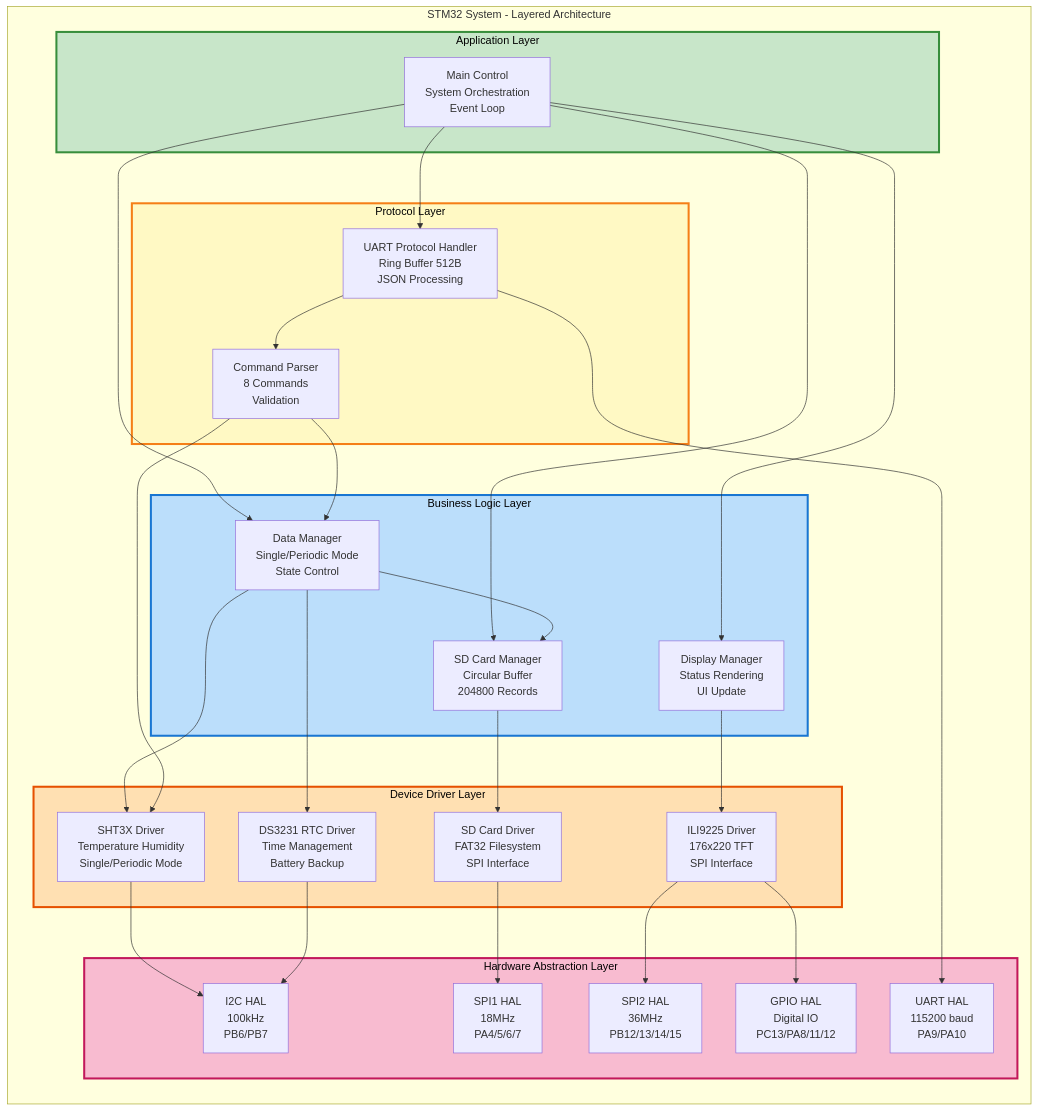
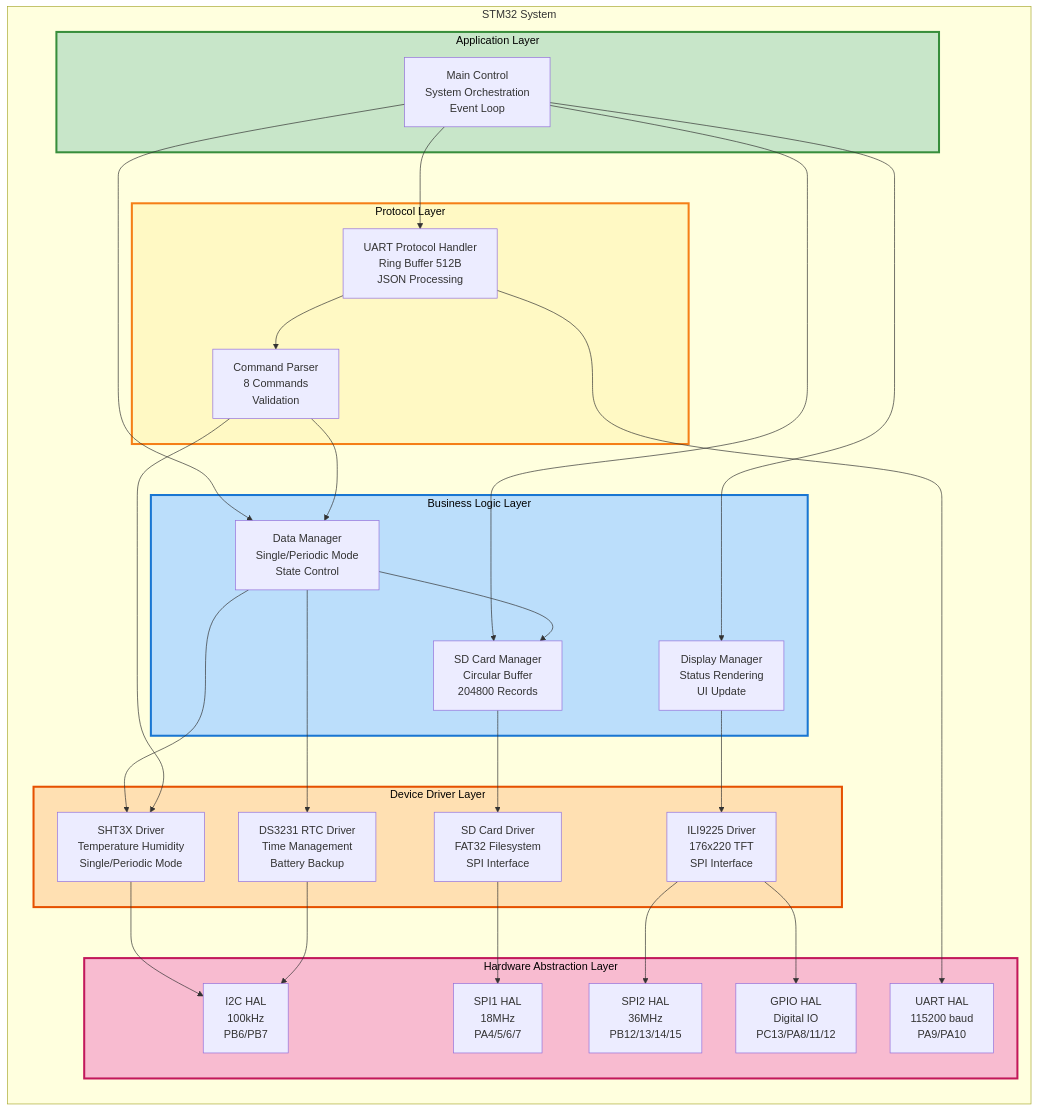
The second of 11 diagrams in documents/firmware/ARCHITECTURE_DIAGRAM_FIRMWARE.md (meeTeam05/datalogger), drawn with Mermaid before and after one commit. The commit also changed other lines of this file, not shown here.

Commit message:
fix(docs): simplify subgraph names in architecture diagrams for ESP32 and STM32; add detailed deployment diagram

````diff
--- a/documents/firmware/ARCHITECTURE_DIAGRAM_FIRMWARE.md
+++ b/documents/firmware/ARCHITECTURE_DIAGRAM_FIRMWARE.md
@@ -153,65 +153,65 @@
 ```mermaid
 graph TB
-    subgraph STM32_System["STM32 System - Layered Architecture"]
+    subgraph STM32_System["STM32 System"]
         direction TB
 
         subgraph Application_Layer["Application Layer"]
             Main_Control[Main Control<br/>System Orchestration<br/>Event Loop]
         end
 
         subgraph Business_Logic["Business Logic Layer"]
             Data_Manager[Data Manager<br/>Single/Periodic Mode<br/>State Control]
             SD_Manager[SD Card Manager<br/>Circular Buffer<br/>204800 Records]
             Display_Manager[Display Manager<br/>Status Rendering<br/>UI Update]
         end
 
         subgraph Protocol_Layer["Protocol Layer"]
             UART_Protocol[UART Protocol Handler<br/>Ring Buffer 512B<br/>JSON Processing]
             Command_Parser[Command Parser<br/>8 Commands<br/>Validation]
         end
 
         subgraph Driver_Layer["Device Driver Layer"]
             SHT3X_Driver[SHT3X Driver<br/>Temperature Humidity<br/>Single/Periodic Mode]
             DS3231_Driver[DS3231 RTC Driver<br/>Time Management<br/>Battery Backup]
             SD_Card_Driver[SD Card Driver<br/>FAT32 Filesystem<br/>SPI Interface]
             Display_Driver[ILI9225 Driver<br/>176x220 TFT<br/>SPI Interface]
         end
 
         subgraph HAL_Layer["Hardware Abstraction Layer"]
             I2C_HAL[I2C HAL<br/>100kHz<br/>PB6/PB7]
             SPI1_HAL[SPI1 HAL<br/>18MHz<br/>PA4/5/6/7]
             SPI2_HAL[SPI2 HAL<br/>36MHz<br/>PB12/13/14/15]
             UART_HAL[UART HAL<br/>115200 baud<br/>PA9/PA10]
             GPIO_HAL[GPIO HAL<br/>Digital IO<br/>PC13/PA8/11/12]
         end
 
         Main_Control --> Data_Manager
         Main_Control --> SD_Manager
         Main_Control --> Display_Manager
         Main_Control --> UART_Protocol
 
         Data_Manager --> SHT3X_Driver
         Data_Manager --> DS3231_Driver
         Data_Manager --> SD_Manager
 
         SD_Manager --> SD_Card_Driver
         Display_Manager --> Display_Driver
 
         UART_Protocol --> Command_Parser
         Command_Parser --> Data_Manager
         Command_Parser --> SHT3X_Driver
 
         SHT3X_Driver --> I2C_HAL
         DS3231_Driver --> I2C_HAL
         SD_Card_Driver --> SPI1_HAL
         Display_Driver --> SPI2_HAL
         Display_Driver --> GPIO_HAL
         UART_Protocol --> UART_HAL
     end
 
     style Application_Layer fill:#C8E6C9,stroke:#388E3C,stroke-width:3px,color:#000
     style Business_Logic fill:#BBDEFB,stroke:#1976D2,stroke-width:3px,color:#000
     style Protocol_Layer fill:#FFF9C4,stroke:#F57F17,stroke-width:3px,color:#000
     style Driver_Layer fill:#FFE0B2,stroke:#E65100,stroke-width:3px,color:#000
     style HAL_Layer fill:#F8BBD0,stroke:#C2185B,stroke-width:3px,color:#000
 ```
````
